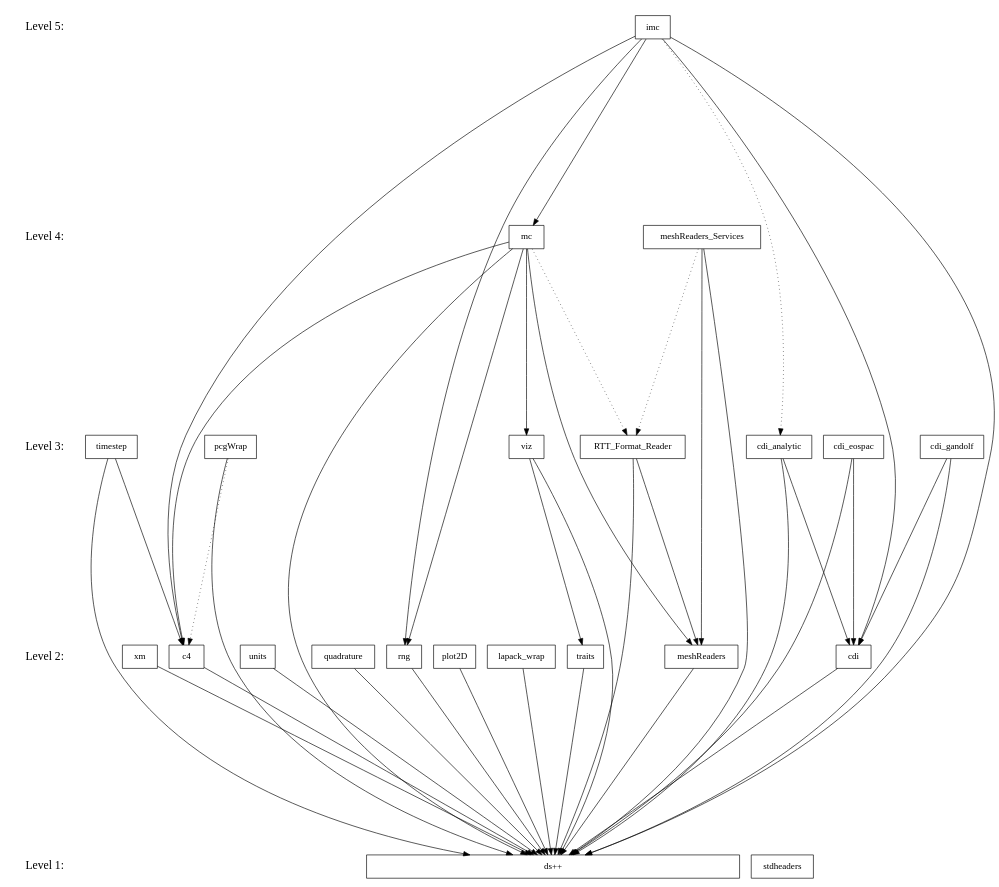
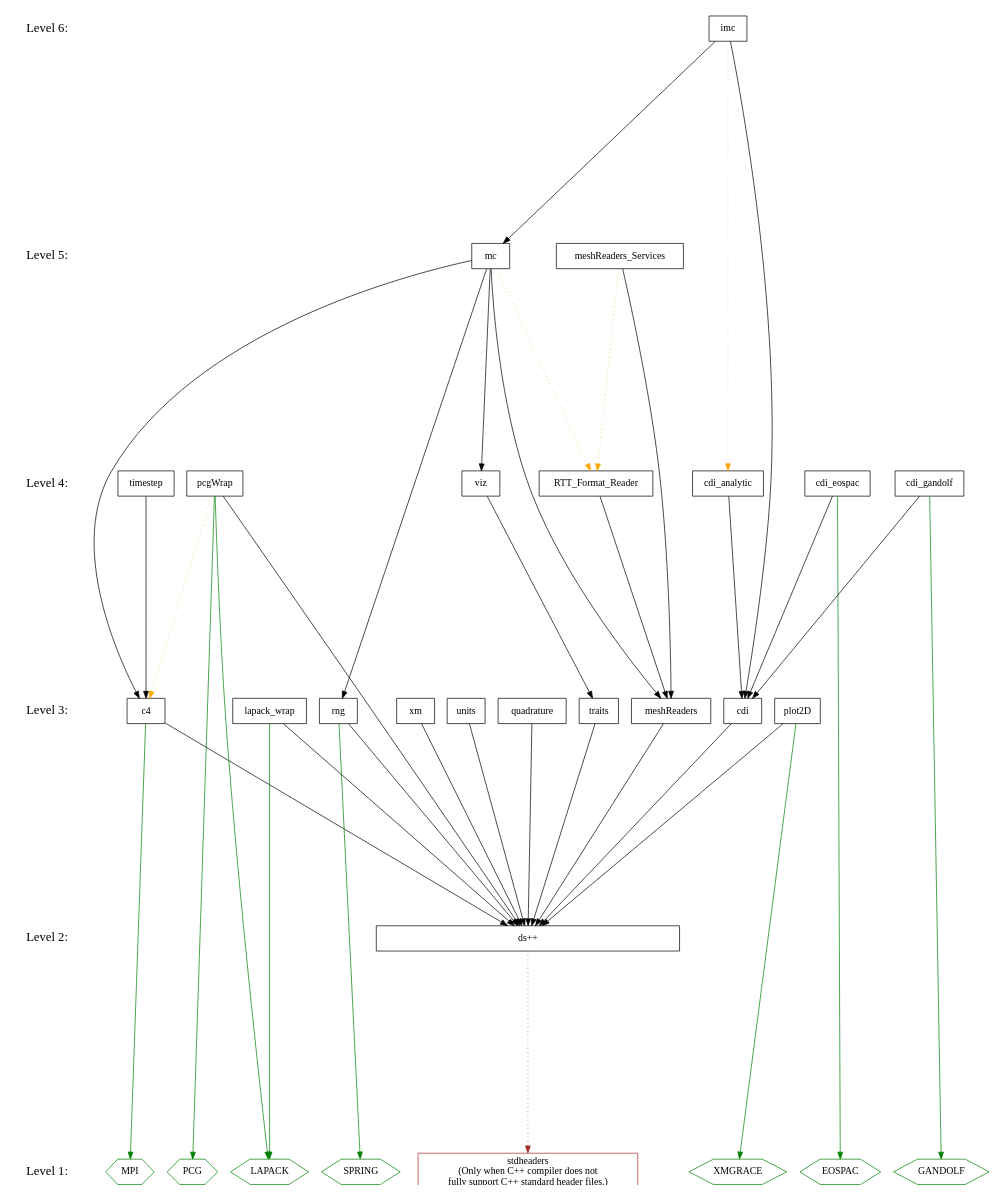
Before and after one commit to losalamos/Draco: the diagram in doc/design/level.dot, drawn with Graphviz. The commit also changed 1 other file, not shown here.

Commit message:
o Updated Levelization Diagram to include vendor dependencies and   remove implicit dependencies between packages.  Also added   color to highlight vendor dependencies and unit test dependencies.

```diff
--- a/doc/design/level.dot
+++ b/doc/design/level.dot
@@ -1,90 +1,120 @@
 digraph draco_level {
     /* graph attributes */
     center=1;
     size="7.5,10";
     ranksep=4;
     
     /* levels */
     level1 [shape=plaintext, label="Level 1:", fontsize=18];
     level2 [shape=plaintext, label="Level 2:", fontsize=18];
     level3 [shape=plaintext, label="Level 3:", fontsize=18];
     level4 [shape=plaintext, label="Level 4:", fontsize=18];
     level5 [shape=plaintext, label="Level 5:", fontsize=18];
+    level6 [shape=plaintext, label="Level 6:", fontsize=18];
     
-    level5 -> level4 -> level3 -> level2 -> level1 [style=invis];
+    level6 -> level5 -> level4 -> level3 -> level2 -> level1 [style=invis];
     
     /* packages */
+
+    /* level 1 */
+    stdheaders [shape=box,     color=brown, label="stdheaders\n(Only when C++ compiler does not\nfully support C++ standard header files.)"];
+    vmpi       [shape=hexagon, color=green, label="MPI"];
+    vlapack    [shape=hexagon, color=green, label="LAPACK"];
+    vpcg       [shape=hexagon, color=green, label="PCG"];
+    vgandolf   [shape=hexagon, color=green, label="GANDOLF"];
+    veospac    [shape=hexagon, color=green, label="EOSPAC"];
+    vgrace     [shape=hexagon, color=green, label="XMGRACE"];
+    vspring    [shape=hexagon, color=green, label="SPRING"];
+        
+    /* level 2 */
+    dsxx [shape=box, label="ds++", width=6];
     
-    /* level 1 */
-    dsxx [shape=box, label="ds++", width=8];
-    stdheaders [shape=box, label="stdheaders"];
-    
-    /* level 2 */
+    /* level 3 */
     traits [shape=box, label="traits"];
     xm [shape=box, label="xm"];
     c4 [shape=box, label="c4"];
     rng [shape=box, label="rng"];
     units [shape=box, label="units"];
     cdi [shape=box, label="cdi"];
     quad [shape=box, label="quadrature"];
     meshread [shape=box, label="meshReaders"];
     plot [shape=box, label="plot2D"];
     lapack [shape=box, label="lapack_wrap"];
     
-    /* level 3 */
+    /* level 4 */
     viz [shape=box, label="viz"];
     timestep [shape=box, label="timestep"];
     cdianal [shape=box, label="cdi_analytic"];
     cdieos [shape=box, label="cdi_eospac"];
     cdigan [shape=box, label="cdi_gandolf"];
     pcg [shape=box, label="pcgWrap"];
     rttread [shape=box, label="RTT_Format_Reader"];
     
-    /* level 4 */
+    /* level 5 */
     mc [shape=box, label="mc"];
     meshservice [shape=box, label="meshReaders_Services"];
 
-    /* level 5 */
+    /* level 6 */
     imc [shape=box, label="imc"];
     
     /* dependencies */
-    {rank=same; level1 stdheaders dsxx};
-    {rank=same; level2 plot lapack traits xm c4 rng units meshread cdi quad};
-    {rank=same; level3 rttread viz timestep cdianal cdieos cdigan pcg};
-    {rank=same; level4 mc meshservice};
-    {rank=same; level5 imc};
+    {rank=same; level1 stdheaders vlapack vpcg vmpi veospac  vgandolf vgrace vspring};
+    {rank=same; level2 dsxx};
+    {rank=same; level3 plot lapack traits xm c4 rng units meshread cdi quad};
+    {rank=same; level4 rttread viz timestep cdianal cdieos cdigan pcg};
+    {rank=same; level5 mc meshservice};
+    {rank=same; level6 imc};
     
     /* draco packages */
+
+    /* NOTE:  hidden dependencies are in comments at the end of each line.
+     * For example if a package depends on c4 it implicitly depends on dsxx
+     * as well.  The dependency on dsxx is not shown explicitly on the
+     * graph. 
     
     /* level 2 */
+    dsxx -> {stdheaders}   [color="brown" style=dotted];
+    
+    /* level 3 */
     xm          -> {dsxx};
     units       -> {dsxx};
     traits      -> {dsxx};
     c4          -> {dsxx};
+    c4          -> {vmpi}    [color="green"];
     rng         -> {dsxx};
+    rng         -> {vspring} [color="green"];
     cdi         -> {dsxx};
     meshread    -> {dsxx};
     quad        -> {dsxx};
     plot        -> {dsxx};
+    plot        -> {vgrace}  [color="green"];
     lapack      -> {dsxx};
+    lapack      -> {vlapack} [color="green"];
     
-    /* level 3 */
-    viz         -> {traits dsxx};
-    timestep    -> {c4 dsxx};
+    /* level 4 */
+    viz         -> {traits};      /* traits: dsxx */
+    timestep    -> {c4};          /* c4      : dsxx */
     pcg         -> {dsxx};
-    pcg         -> {c4} [style=dotted];
-    cdianal     -> {cdi dsxx};
-    cdieos      -> {cdi dsxx};
-    cdigan      -> {cdi dsxx};
-    rttread     -> {meshread dsxx};
-
-    /* level 4 */
-    mc          -> {viz meshread rng c4 dsxx};
-    mc          -> {rttread} [style=dotted];
-    meshservice -> {meshread dsxx};
-    meshservice -> {rttread} [style=dotted];
+    pcg         -> {vlapack vpcg} [color="green"];
+    pcg         -> {c4}           [color="orange" style=dotted];
+    cdianal     -> {cdi};         /* cdi     : dsxx */
+    cdieos      -> {cdi};         /* cdi     : dsxx */
+    cdieos      -> {veospac}      [color="green"]; 
+    cdigan      -> {cdi};         /* cdi     : dsxx */
+    cdigan      -> {vgandolf}     [color="green"];
+    rttread     -> {meshread};    /* meshread: dsxx */
 
     /* level 5 */
-    imc         -> {mc cdi rng c4 dsxx};
-    imc         -> {cdianal} [style=dotted];
+    mc          -> {viz meshread rng c4}; /* c4 : dsxx
+					     viz: traits */
+    mc          -> {rttread} [color="orange" style=dotted];
+    meshservice -> {meshread};           /* meshread: dsxx */
+    meshservice -> {rttread} [color="orange" style=dotted];
+
+    /* level 6 */
+    imc         -> {mc cdi};  /*  c4: dsxx
+				 viz: traits
+				  mc: rng viz meshReaders c4 */
+                     
+    imc         -> {cdianal} [color="orange" style=dotted];
 }
```
